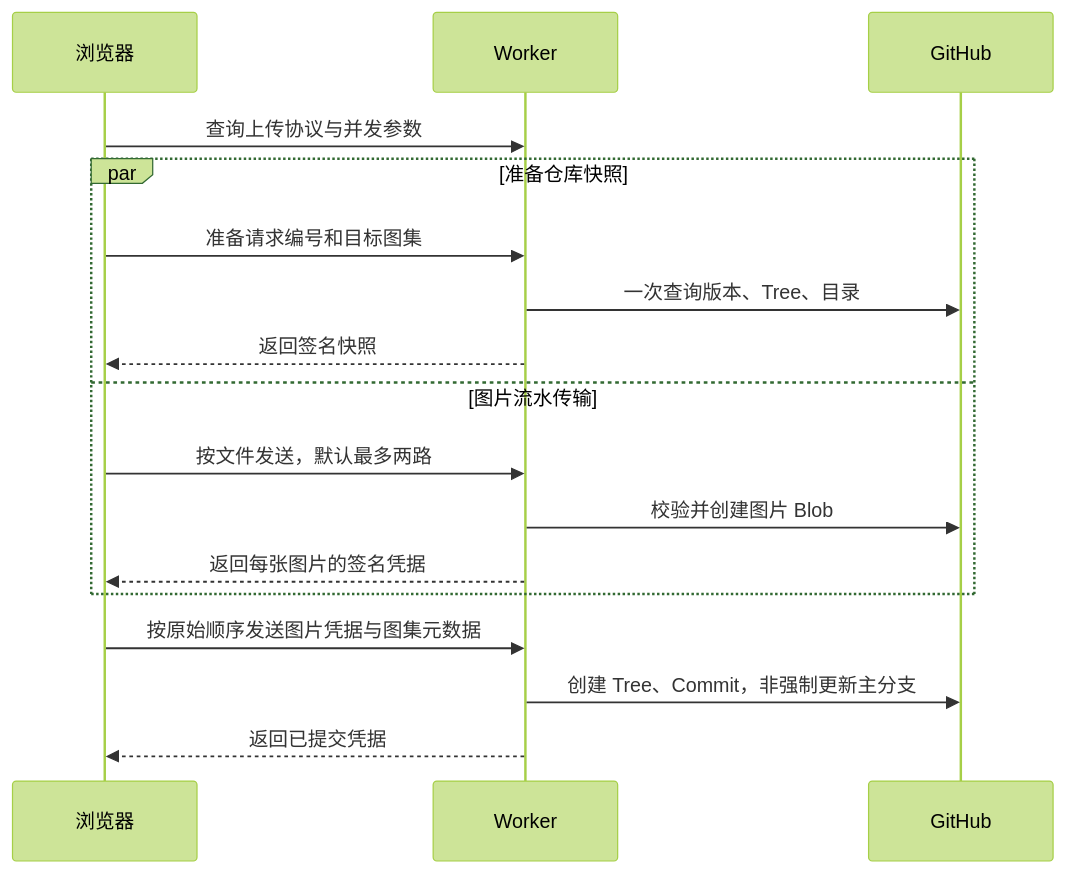
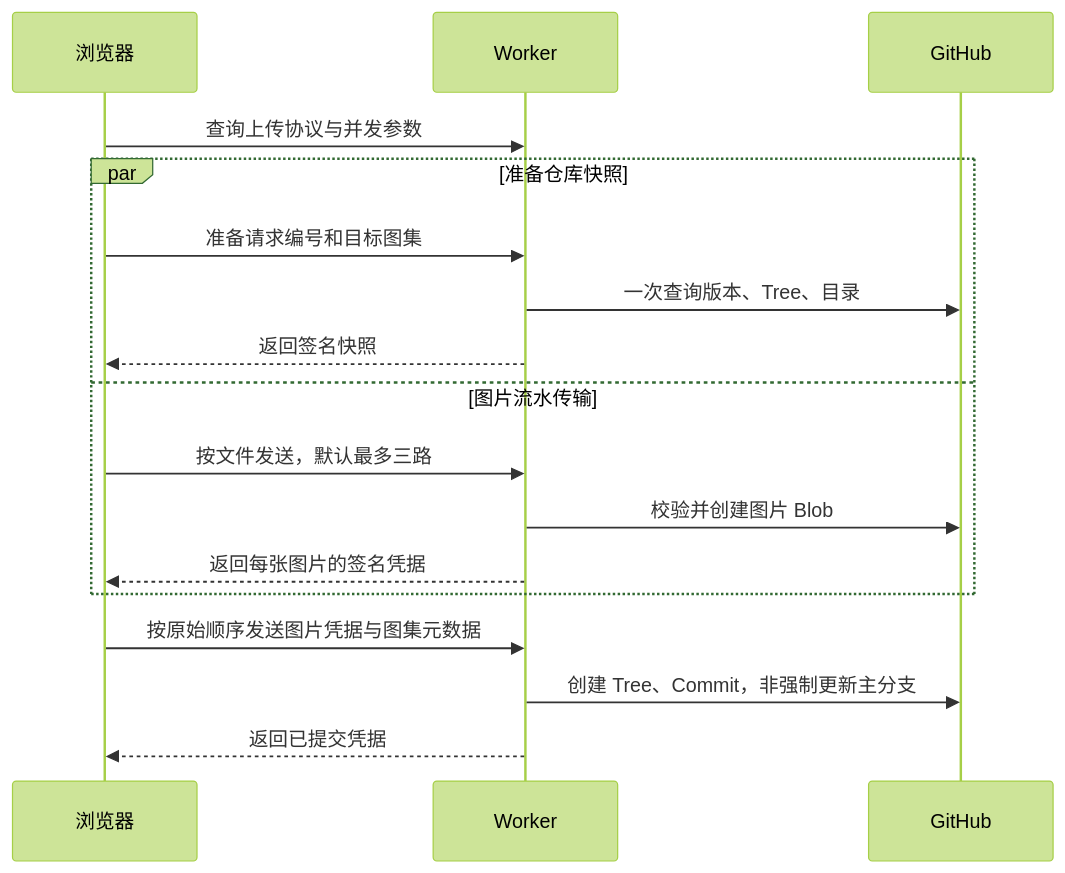
The diagram in docs/upload-performance.md (SherlockGy/SherlockGy.github.io), drawn with Mermaid (forest theme) before and after one commit. The commit also changed other lines of this file and 13 other files, not shown here.

Commit message:
feat: 上传并发提升至三路并支持六十张图集

````diff
--- a/docs/upload-performance.md
+++ b/docs/upload-performance.md
@@ -23,19 +23,19 @@
 ```mermaid
 sequenceDiagram
     participant B as 浏览器
     participant W as Worker
     participant G as GitHub
     B->>W: 查询上传协议与并发参数
     par 准备仓库快照
         B->>W: 准备请求编号和目标图集
         W->>G: 一次查询版本、Tree、目录
         W-->>B: 返回签名快照
     and 图片流水传输
-        B->>W: 按文件发送，默认最多两路
+        B->>W: 按文件发送，默认最多三路
         W->>G: 校验并创建图片 Blob
         W-->>B: 返回每张图片的签名凭据
     end
     B->>W: 按原始顺序发送图片凭据与图集元数据
     W->>G: 创建 Tree、Commit，非强制更新主分支
     W-->>B: 返回已提交凭据
 ```
````
